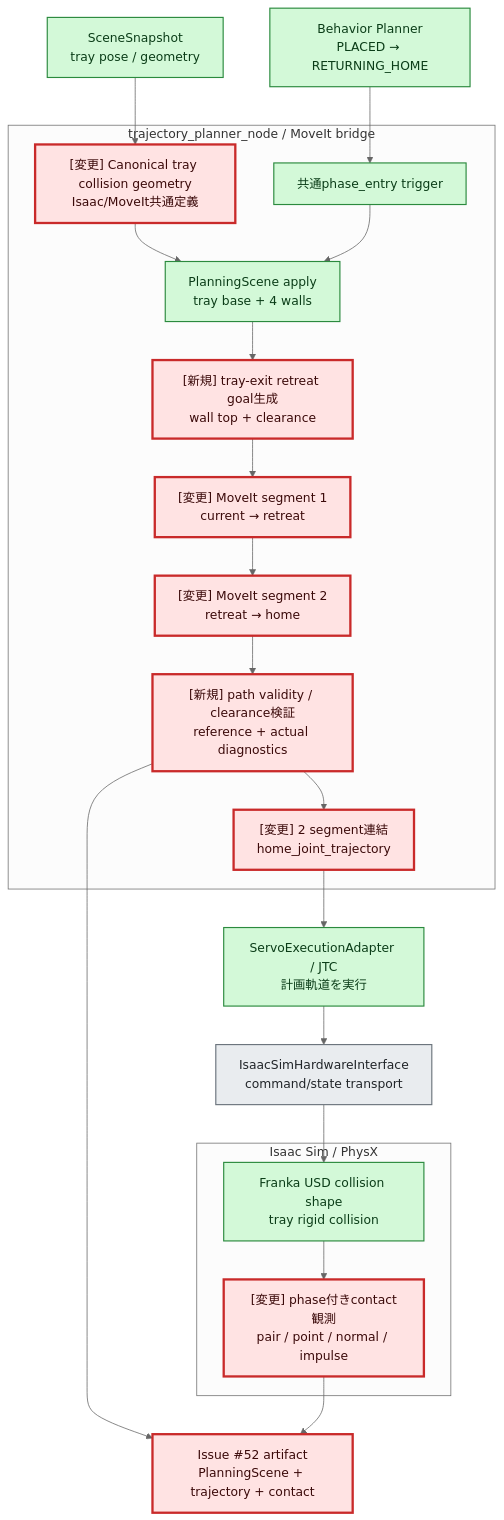
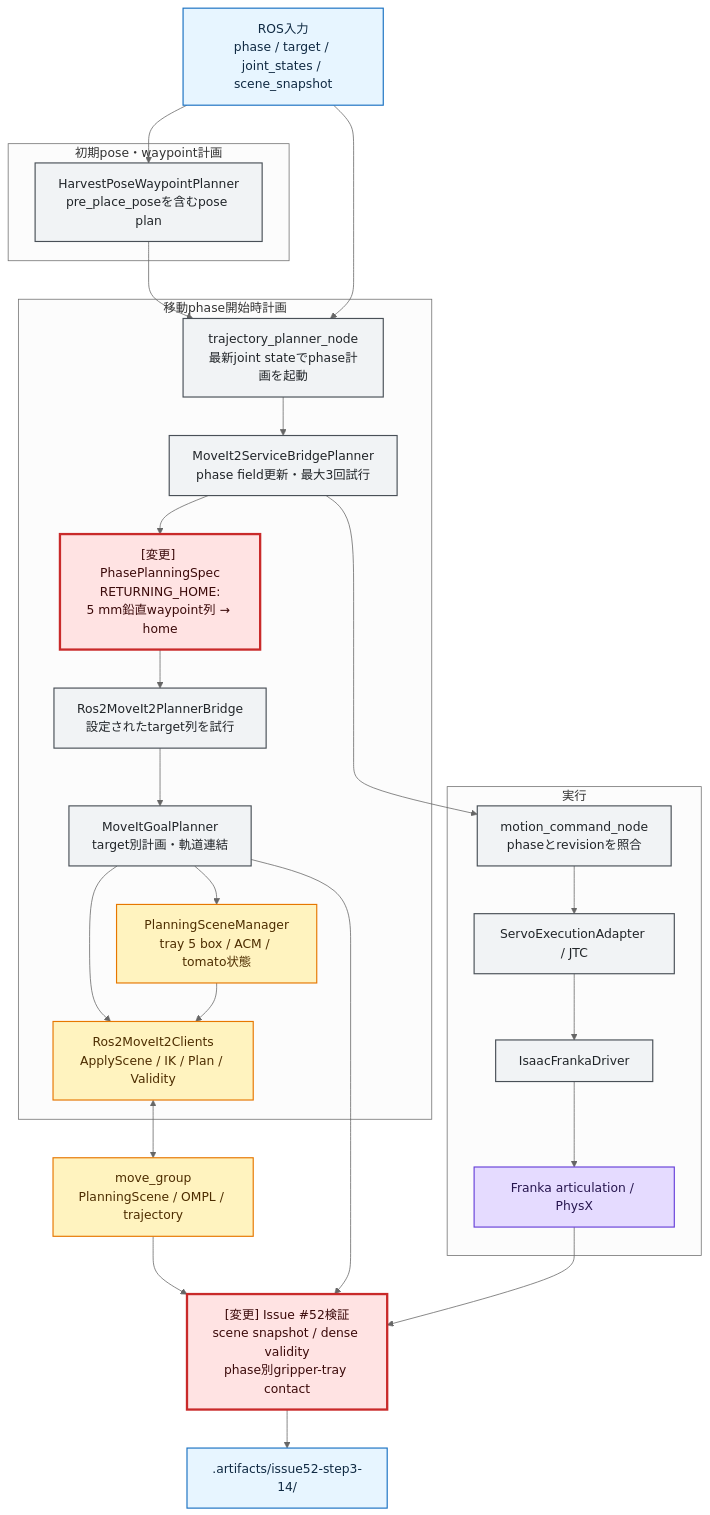
The first of 2 diagrams in docs/reports/physics_levelup/step3-14_returning_home_tray_collision_avoidance_plan.md (akodama428/trial_issac_sim), drawn with Mermaid (neutral theme) before and after one commit. The commit also changed other lines of this file and 4 other files, not shown here.

Commit message:
Avoid tray contact during return home (#65)

````diff
--- a/docs/reports/physics_levelup/step3-14_returning_home_tray_collision_avoidance_plan.md
+++ b/docs/reports/physics_levelup/step3-14_returning_home_tray_collision_avoidance_plan.md
@@ -230,40 +257,56 @@
 ```mermaid
 flowchart TB
+    classDef input fill:#e7f5ff,stroke:#1971c2,stroke-width:1.5px,color:#102a43;
+    classDef existing fill:#f1f3f5,stroke:#495057,stroke-width:1.5px,color:#212529;
+    classDef moveit fill:#fff3bf,stroke:#e67700,stroke-width:1.5px,color:#4d2d00;
+    classDef physics fill:#e5dbff,stroke:#6741d9,stroke-width:1.5px,color:#27164f;
     classDef changed fill:#ffe3e3,stroke:#c92a2a,stroke-width:3px,color:#3b0a0a;
-    classDef existing fill:#d3f9d8,stroke:#2b8a3e,stroke-width:1.5px,color:#0b3d18;
-    classDef outscope fill:#e9ecef,stroke:#6c757d,stroke-width:1.5px,color:#212529;
 
-    BP["Behavior Planner<br/>PLACED → RETURNING_HOME"]:::existing
-    SNAP["SceneSnapshot<br/>tray pose / geometry"]:::existing
+    INPUT["ROS入力<br/>phase / target / joint_states / scene_snapshot"]:::input
 
-    subgraph PLANNER["trajectory_planner_node / MoveIt bridge"]
-        ENTRY["共通phase_entry trigger"]:::existing
-        GEOM["[変更] Canonical tray collision geometry<br/>Isaac/MoveIt共通定義"]:::changed
-        SCENE["PlanningScene apply<br/>tray base + 4 walls"]:::existing
-        RETREAT["[新規] tray-exit retreat goal生成<br/>wall top + clearance"]:::changed
-        PLAN1["[変更] MoveIt segment 1<br/>current → retreat"]:::changed
-        PLAN2["[変更] MoveIt segment 2<br/>retreat → home"]:::changed
-        VALID["[新規] path validity / clearance検証<br/>reference + actual diagnostics"]:::changed
-        CONCAT["[変更] 2 segment連結<br/>home_joint_trajectory"]:::changed
+    subgraph INITIAL["初期pose・waypoint計画"]
+        POSE["HarvestPoseWaypointPlanner<br/>pre_place_poseを含むpose plan"]:::existing
     end
 
-    EXEC["ServoExecutionAdapter / JTC<br/>計画軌道を実行"]:::existing
-    HWI["IsaacSimHardwareInterface<br/>command/state transport"]:::outscope
-
-    subgraph SIM["Isaac Sim / PhysX"]
-        USD["Franka USD collision shape<br/>tray rigid collision"]:::existing
-        CONTACT["[変更] phase付きcontact観測<br/>pair / point / normal / impulse"]:::changed
+    subgraph ENTRY["移動phase開始時計画"]
+        NODE["trajectory_planner_node<br/>最新joint stateでphase計画を起動"]:::existing
+        FACADE["MoveIt2ServiceBridgePlanner<br/>phase field更新・最大3回試行"]:::existing
+        POLICY["[変更] PhasePlanningSpec<br/>RETURNING_HOME:<br/>5 mm鉛直waypoint列 → home"]:::changed
+        PHASE["Ros2MoveIt2PlannerBridge<br/>設定されたtarget列を試行"]:::existing
+        GOAL["MoveItGoalPlanner<br/>target別計画・軌道連結"]:::existing
+        SCENE["PlanningSceneManager<br/>tray 5 box / ACM / tomato状態"]:::moveit
+        CLIENT["Ros2MoveIt2Clients<br/>ApplyScene / IK / Plan / Validity"]:::moveit
     end
 
-    ART["Issue #52 artifact<br/>PlanningScene + trajectory + contact"]:::changed
+    MOVE_GROUP["move_group<br/>PlanningScene / OMPL / trajectory"]:::moveit
 
-    BP --> ENTRY
-    SNAP --> GEOM
-    GEOM --> SCENE
-    ENTRY --> SCENE
-    SCENE --> RETREAT --> PLAN1 --> PLAN2 --> VALID --> CONCAT
-    CONCAT --> EXEC --> HWI --> USD
-    USD --> CONTACT
-    VALID --> ART
-    CONTACT --> ART
+    subgraph EXECUTION["実行"]
+        COMMAND["motion_command_node<br/>phaseとrevisionを照合"]:::existing
+        ADAPTER["ServoExecutionAdapter / JTC"]:::existing
+        DRIVER["IsaacFrankaDriver"]:::existing
+        PHYSX["Franka articulation / PhysX"]:::physics
+    end
+
+    OBSERVE["[変更] Issue #52検証<br/>scene snapshot / dense validity<br/>phase別gripper-tray contact"]:::changed
+    ARTIFACT[".artifacts/issue52-step3-14/<run-id>"]:::input
+
+    INPUT --> POSE
+    POSE --> NODE
+    INPUT --> NODE
+    NODE --> FACADE
+    FACADE --> POLICY
+    POLICY --> PHASE
+    PHASE --> GOAL
+    GOAL --> SCENE
+    GOAL --> CLIENT
+    SCENE --> CLIENT
+    CLIENT <--> MOVE_GROUP
+    FACADE --> COMMAND
+    COMMAND --> ADAPTER
+    ADAPTER --> DRIVER
+    DRIVER --> PHYSX
+    MOVE_GROUP --> OBSERVE
+    GOAL --> OBSERVE
+    PHYSX --> OBSERVE
+    OBSERVE --> ARTIFACT
 ```
````
